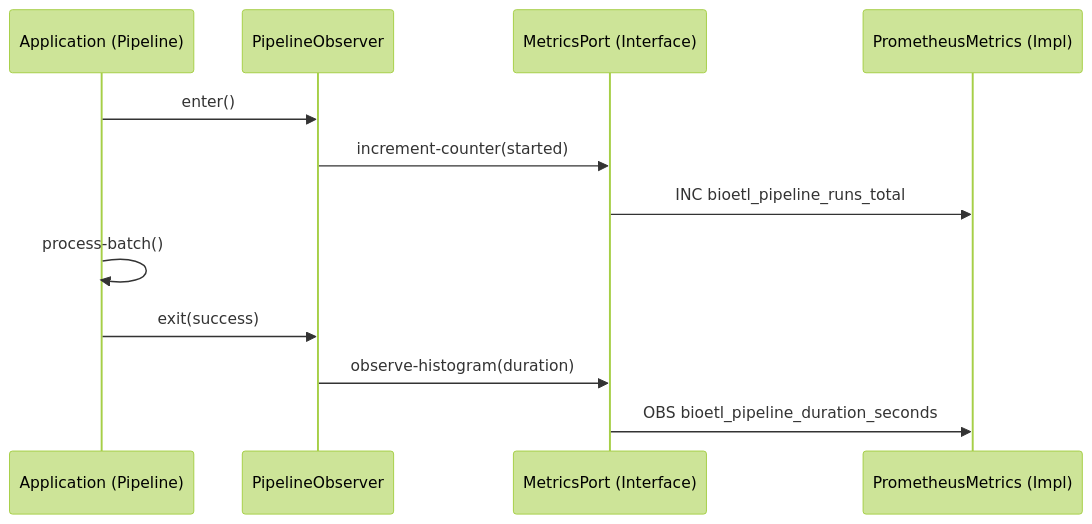
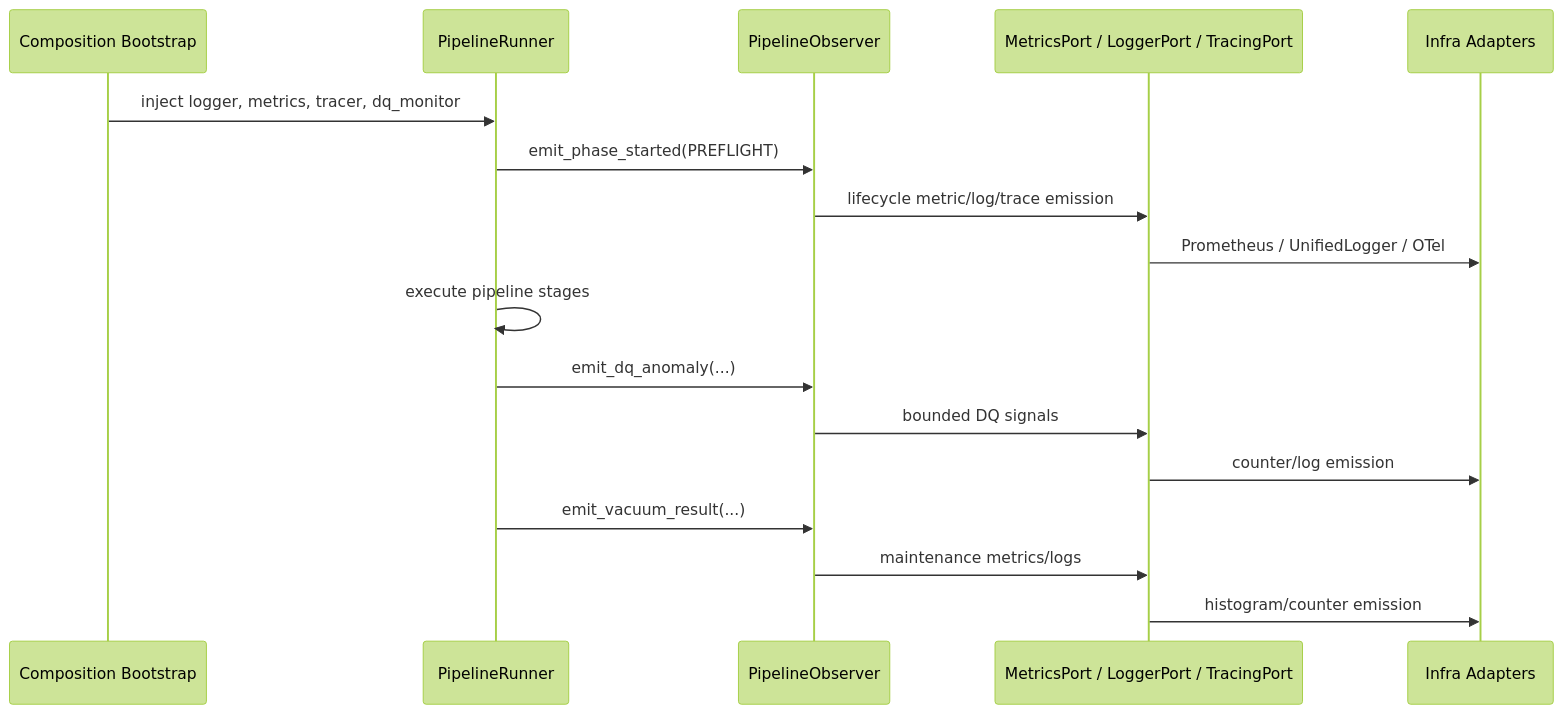
Before and after one commit to SatoryKono/BioactivityDataAcquisition: the diagram in docs/02-architecture/observability-layers.md, drawn with Mermaid (forest theme). The commit also changed other lines of this file and 6 other files, not shown here.

````diff
--- a/docs/02-architecture/observability-layers.md
+++ b/docs/02-architecture/observability-layers.md
@@ -37,17 +148,23 @@
 ```mermaid
 sequenceDiagram
-    participant App as Application (Pipeline)
+    participant Comp as Composition Bootstrap
+    participant App as PipelineRunner
     participant Obs as PipelineObserver
-    participant Port as MetricsPort (Interface)
-    participant Infra as PrometheusMetrics (Impl)
+    participant Port as MetricsPort / LoggerPort / TracingPort
+    participant Infra as Infra Adapters
 
-    App->>Obs: enter()
-    Obs->>Port: increment-counter(started)
-    Port->>Infra: INC bioetl_pipeline_runs_total
+    Comp->>App: inject logger, metrics, tracer, dq_monitor
+    App->>Obs: emit_phase_started(PREFLIGHT)
+    Obs->>Port: lifecycle metric/log/trace emission
+    Port->>Infra: Prometheus / UnifiedLogger / OTel
 
-    App->>App: process-batch()
+    App->>App: execute pipeline stages
 
-    App->>Obs: exit(success)
-    Obs->>Port: observe-histogram(duration)
-    Port->>Infra: OBS bioetl_pipeline_duration_seconds
+    App->>Obs: emit_dq_anomaly(...)
+    Obs->>Port: bounded DQ signals
+    Port->>Infra: counter/log emission
+
+    App->>Obs: emit_vacuum_result(...)
+    Obs->>Port: maintenance metrics/logs
+    Port->>Infra: histogram/counter emission
 ```
````
